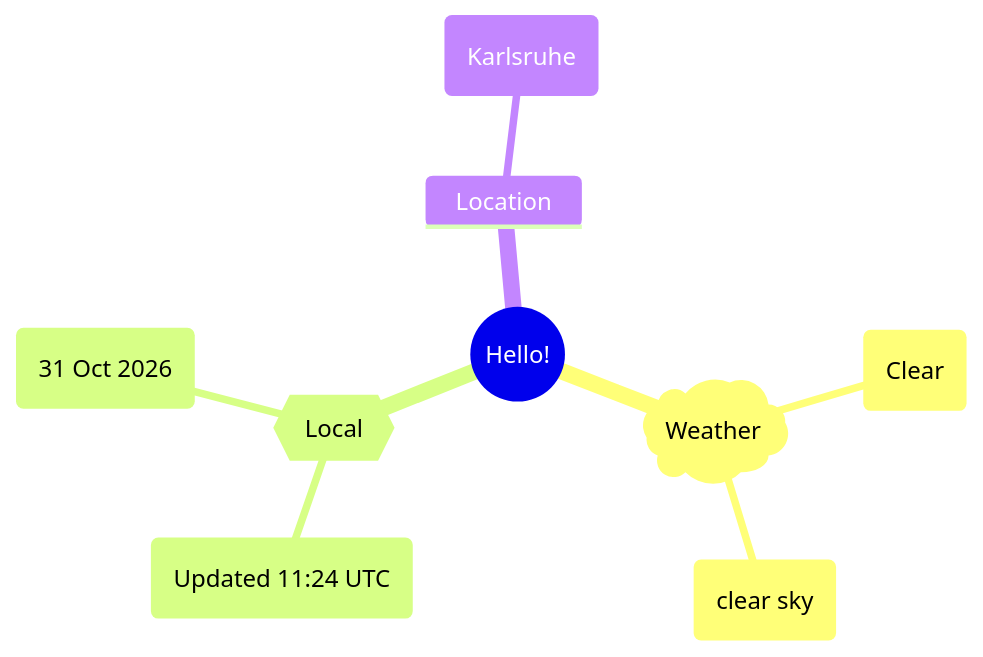
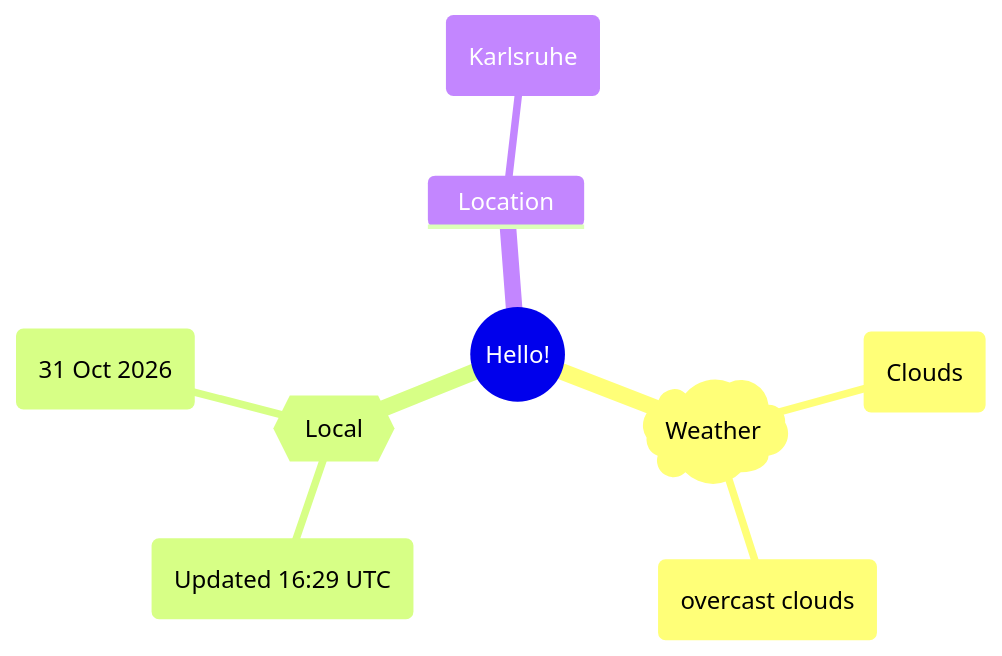
The first of 2 diagrams in README.md (Xosrov/Xosrov), drawn with Mermaid before and after one commit.

Commit message:
[bot] updated images

````diff
--- a/README.md
+++ b/README.md
@@ -3,12 +3,12 @@
 ```mermaid
 mindmap
   root((Hello!))
     )Weather(
-        (Clear)
-        (clear sky)
+        (Clouds)
+        (overcast clouds)
     {{Local}}
-        (Updated 11:24 UTC)
+        (Updated 16:29 UTC)
         (31 Oct 2026)
     Location
         (Karlsruhe)
 ```
````
